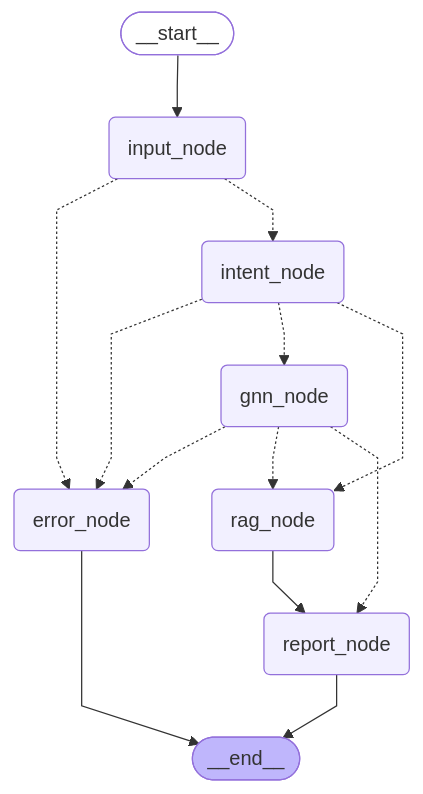
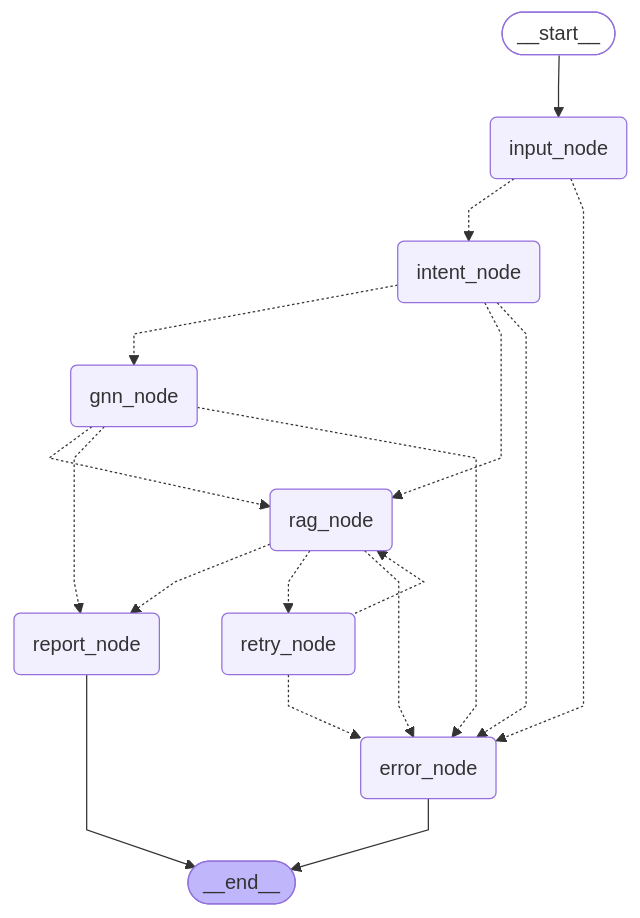
The diagram in README.md (arachne3/AI-agent), drawn with Mermaid before and after one commit. The commit also changed other lines of this file, not shown here.

Commit message:
docs: README 전면 업데이트 (정답 표시, retry loop, 햄버거 메뉴 반영)

````diff
--- a/README.md
+++ b/README.md
@@ -62,31 +87,36 @@
 ```mermaid
 ---
 config:
   flowchart:
     curve: linear
 ---
 graph TD;
         __start__([<p>__start__</p>]):::first
         input_node(input_node)
         intent_node(intent_node)
         gnn_node(gnn_node)
         rag_node(rag_node)
+        retry_node(retry_node)
         report_node(report_node)
         error_node(error_node)
         __end__([<p>__end__</p>]):::last
         __start__ --> input_node;
-        gnn_node -.-> error_node;
+        input_node -.-> intent_node;
+        input_node -.-> error_node;
+        intent_node -.-> gnn_node;
+        intent_node -.-> rag_node;
+        intent_node -.-> error_node;
         gnn_node -.-> rag_node;
         gnn_node -.-> report_node;
-        input_node -.-> error_node;
-        input_node -.-> intent_node;
-        intent_node -.-> error_node;
-        intent_node -.-> gnn_node;
-        intent_node -.-> rag_node;
-        rag_node --> report_node;
+        gnn_node -.-> error_node;
+        rag_node -.-> report_node;
+        rag_node -.-> retry_node;
+        rag_node -.-> error_node;
+        retry_node -.-> rag_node;
+        retry_node -.-> error_node;
+        report_node --> __end__;
         error_node --> __end__;
-        report_node --> __end__;
         classDef default fill:#f2f0ff,line-height:1.2
         classDef first fill-opacity:0
         classDef last fill:#bfb6fc
 ```
````
